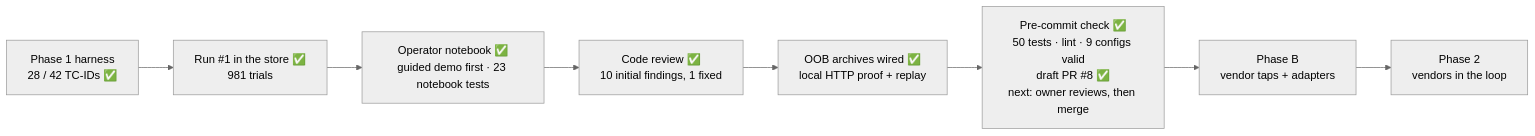
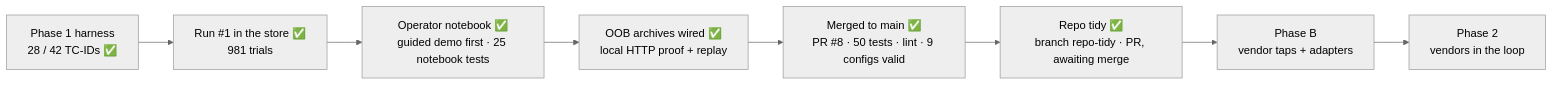
The diagram in STATUS.md (hackershmave1/guardrail-eval), drawn with Mermaid (neutral theme) before and after one commit. The commit also changed other lines of this file and 8 other files, not shown here.

````diff
--- a/STATUS.md
+++ b/STATUS.md
@@ -9,10 +6,10 @@
 ```mermaid
 flowchart LR
     A["Phase 1 harness<br/>28 / 42 TC-IDs ✅"] --> B["Run #1 in the store ✅<br/>981 trials"]
-    B --> C["Operator notebook ✅<br/>guided demo first · 23 notebook tests"]
-    C --> D["Code review ✅<br/>10 initial findings, 1 fixed"]
-    D --> E["OOB archives wired ✅<br/>local HTTP proof + replay"]
-    E --> P["Pre-commit check ✅<br/>50 tests · lint · 9 configs valid<br/>draft PR #8 ✅<br/>next: owner reviews, then merge"]
-    P --> F["Phase B<br/>vendor taps + adapters"]
+    B --> C["Operator notebook ✅<br/>guided demo first · 25 notebook tests"]
+    C --> D["OOB archives wired ✅<br/>local HTTP proof + replay"]
+    D --> P["Merged to main ✅<br/>PR #8 · 50 tests · lint · 9 configs valid"]
+    P --> T["Repo tidy ✅<br/>branch repo-tidy · PR, awaiting merge"]
+    T --> F["Phase B<br/>vendor taps + adapters"]
     F --> G["Phase 2<br/>vendors in the loop"]
 ```
````
